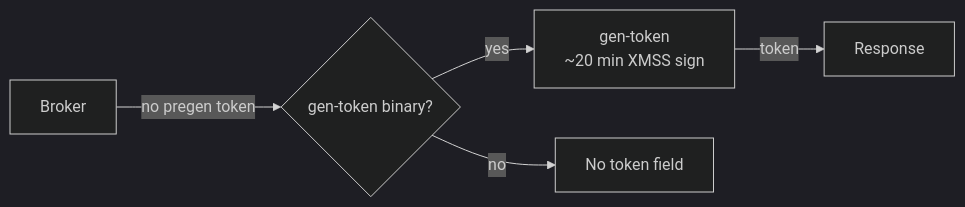
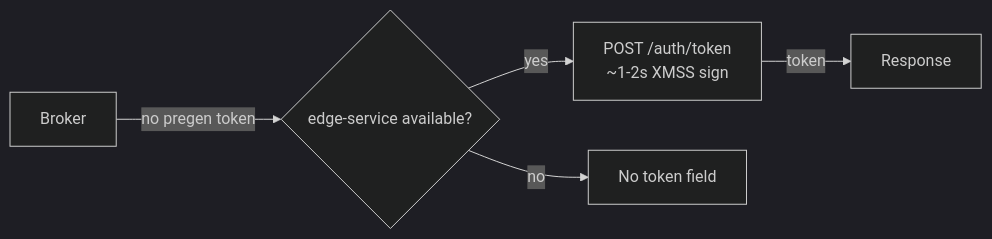
One commit to Stardome-technology/stardome-sead-broker changed the third of 3 diagrams in README.md. Above: the diagram before and after it, drawn with Mermaid (dark theme). The commit also changed other lines of this file, not shown here.

Commit message:
Update README.md to clarify token flow and deprecate gen-token binary

````diff
--- a/README.md
+++ b/README.md
@@ -40,7 +40,7 @@
 ```mermaid
 flowchart LR
-    A[Broker] -->|no pregen token| B{gen-token binary?}
-    B -->|yes| C[gen-token<br/>~20 min XMSS sign]
+    A[Broker] -->|no pregen token| B{edge-service available?}
+    B -->|yes| C[POST /auth/token\n~1-2s XMSS sign]
     C -->|token| D[Response]
     B -->|no| E[No token field]
 ```
````
